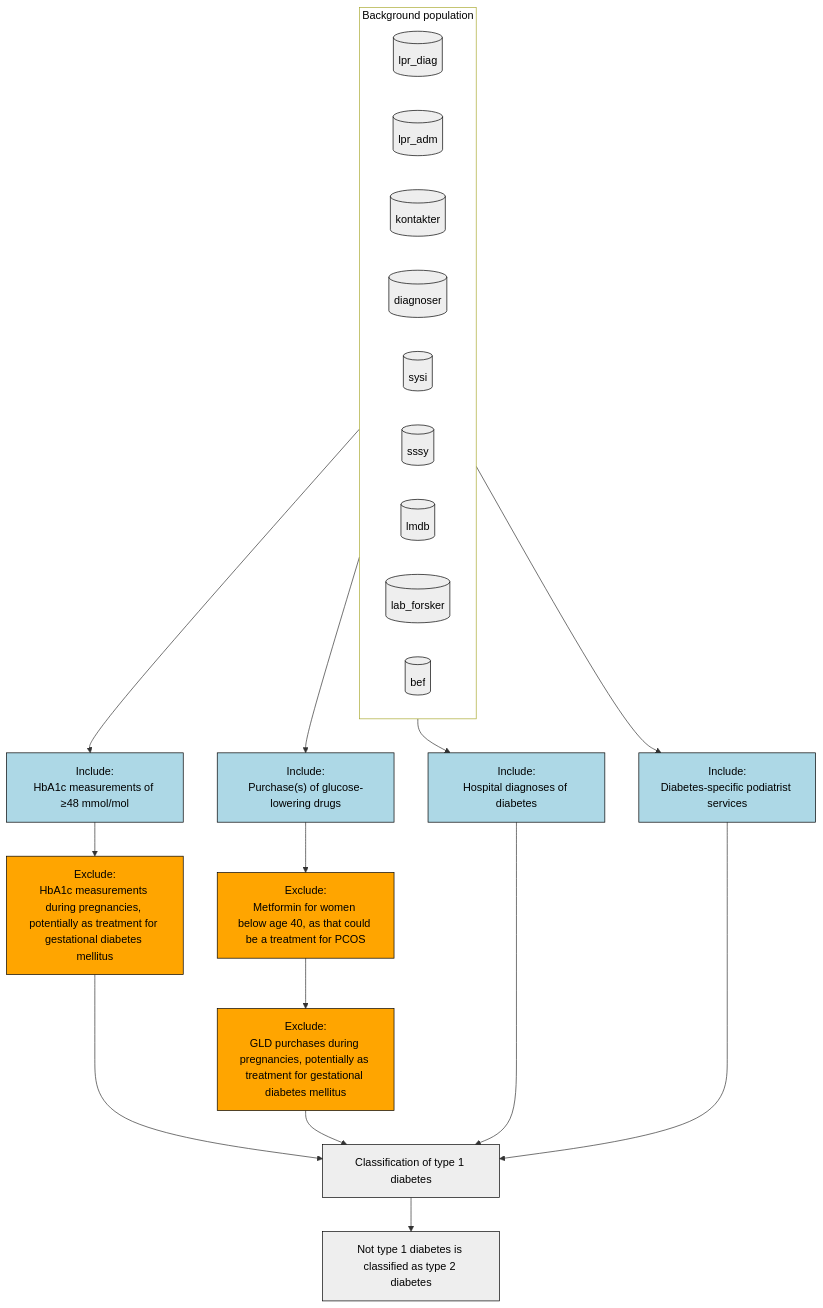
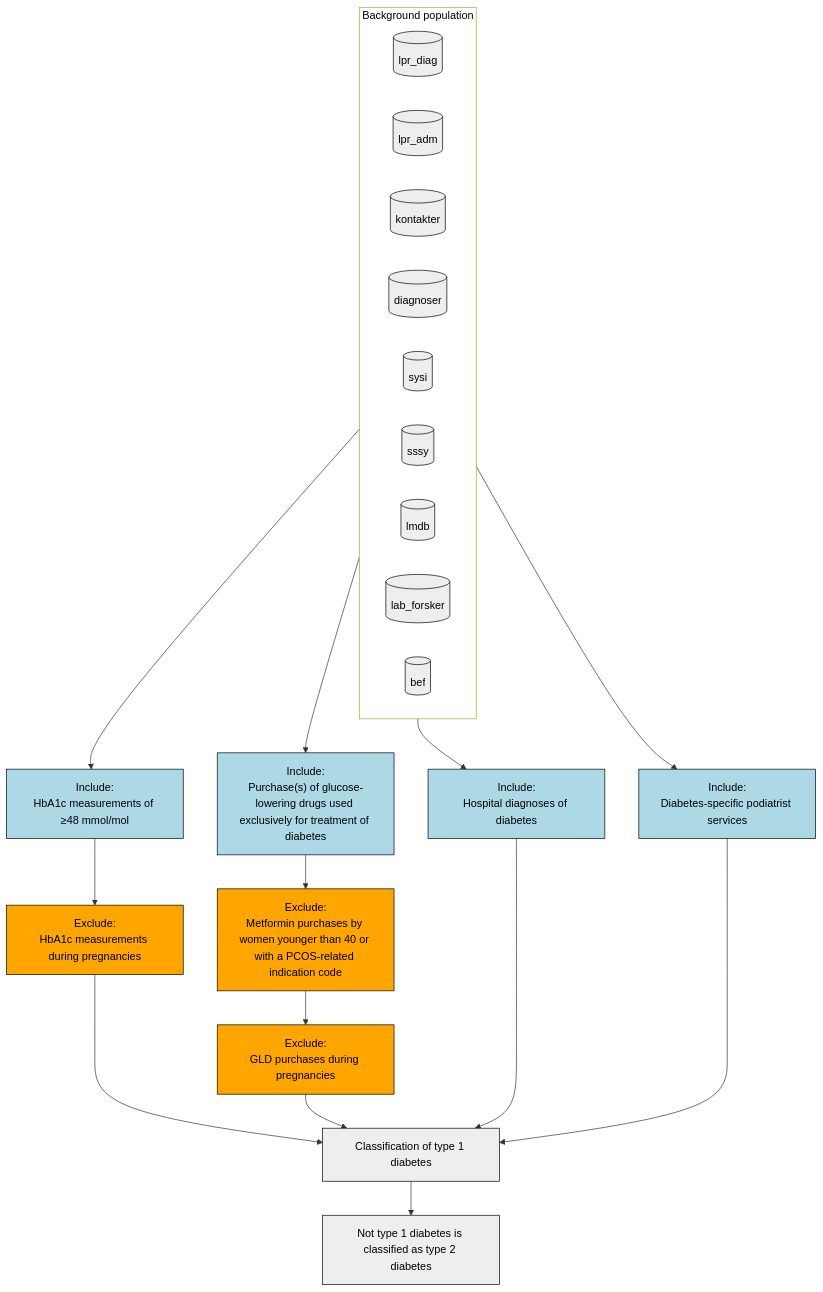
One commit to steno-aarhus/osdc changed the diagram in vignettes/algorithm.qmd. Above: the diagram before and after it, drawn with Mermaid. The commit also changed other lines of this file, not shown here.

````diff
--- a/vignettes/algorithm.qmd
+++ b/vignettes/algorithm.qmd
@@ -58,46 +86,46 @@
 ```{mermaid}
 %%| eval: true
 %%| fig-cap: "Flow of inclusions and exclusions used for classifying diabetes status using the osdc package. Light blue and orange boxes represent inclusions and exclusions, respectively."
 
 flowchart TD
   subgraph background_population["Background population"]
     lpr_diag[("lpr_diag")]
     lpr_adm[("lpr_adm")]
     kontakter[("kontakter")]
     diagnoser[("diagnoser")]
     sysi[("sysi")]
     sssy[("sssy")]
     lmdb[("lmdb")]
     lab_forsker[("lab_forsker")]
     bef[("bef")]
   end
 
     background_population --> diabetes_diagnoses["Include:<br>Hospital diagnoses of diabetes"]:::include
     background_population --> hba1c["Include:<br>HbA1c measurements of ≥48 mmol/mol"]:::include
 
-    hba1c --> drop_pregnancies_hba1c["Exclude:<br>HbA1c measurements during pregnancies, potentially as treatment for gestational diabetes mellitus"]:::exclude
+    hba1c --> drop_pregnancies_hba1c["Exclude:<br>HbA1c measurements during pregnancies"]:::exclude
 
-    background_population --> gld["Include:<br>Purchase(s) of glucose-lowering drugs"]:::include
-    gld --> drop_pcos["Exclude:<br>Metformin for women below age 40, as that could be a treatment for PCOS"]:::exclude
-    drop_pcos --> drop_pregnancies_gld["Exclude:<br>GLD purchases during pregnancies, potentially as treatment for gestational diabetes mellitus"]:::exclude
+    background_population --> gld["Include:<br>Purchase(s) of glucose-lowering drugs used exclusively for treatment of diabetes"]:::include
+    gld --> drop_pcos["Exclude:<br>Metformin purchases by women younger than 40 or with a PCOS-related indication code"]:::exclude
+    drop_pcos --> drop_pregnancies_gld["Exclude:<br>GLD purchases during pregnancies"]:::exclude
     
     background_population --> podiatrist_services["Include:<br>Diabetes-specific podiatrist services"]:::include
 
     %% Join in classify
     drop_pregnancies_hba1c --> classify_t1d["Classification of type 1 diabetes"]
     drop_pregnancies_gld --> classify_t1d
     diabetes_diagnoses --> classify_t1d
     podiatrist_services --> classify_t1d
 
     classify_t1d --> classify_t2d["Not type 1 diabetes is classified as type 2 diabetes"]
 
     background_population ~~~ diabetes_diagnoses
     background_population ~~~ podiatrist_services
     background_population ~~~ hba1c
 
   %% Styling
   classDef default fill:#EEEEEE, color:#000000, stroke:#000000
   classDef include fill:lightblue
   classDef exclude fill:orange
   style background_population fill:#FFFFFF, color:#000000
 ```
````
